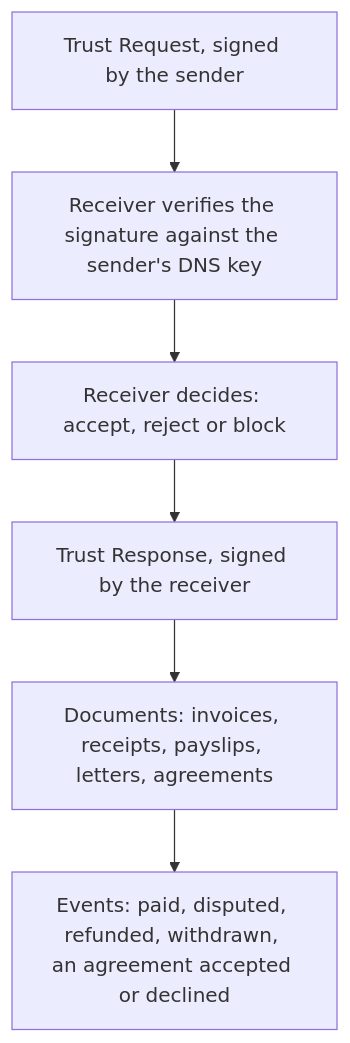
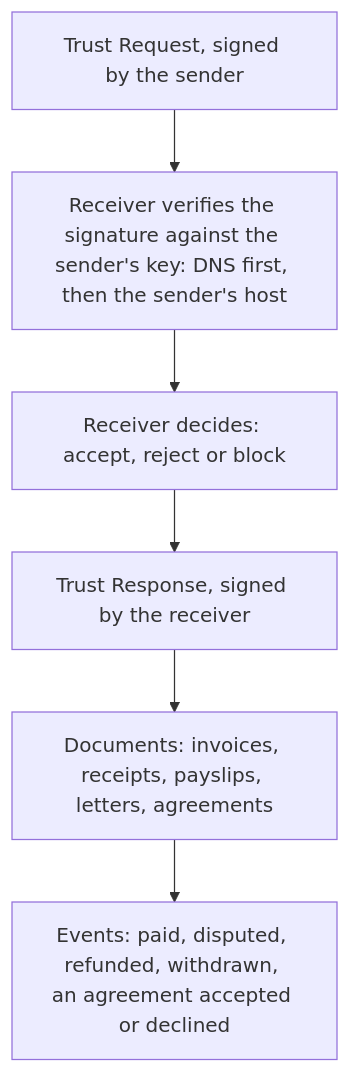
Before and after one commit to openbtps/btps-node: the second of 2 diagrams in docs/docusaurus/docs/introduction.md, drawn with Mermaid. The commit also changed 28 other files, not shown here.

Commit message:
Document finding a signature key through the identity's host, and what a device checks

````diff
--- a/docs/docusaurus/docs/introduction.md
+++ b/docs/docusaurus/docs/introduction.md
@@ -183,8 +183,8 @@
 ```mermaid
 graph TD
-    A[Trust Request, signed by the sender] --> B[Receiver verifies the signature against the sender's DNS key]
+    A[Trust Request, signed by the sender] --> B["Receiver verifies the signature against the sender's key: DNS first, then the sender's host"]
     B --> C[Receiver decides: accept, reject or block]
     C --> D[Trust Response, signed by the receiver]
     D --> E[Documents: invoices, receipts, payslips, letters, agreements]
     E --> F[Events: paid, disputed, refunded, withdrawn, an agreement accepted or declined]
 ```
````
